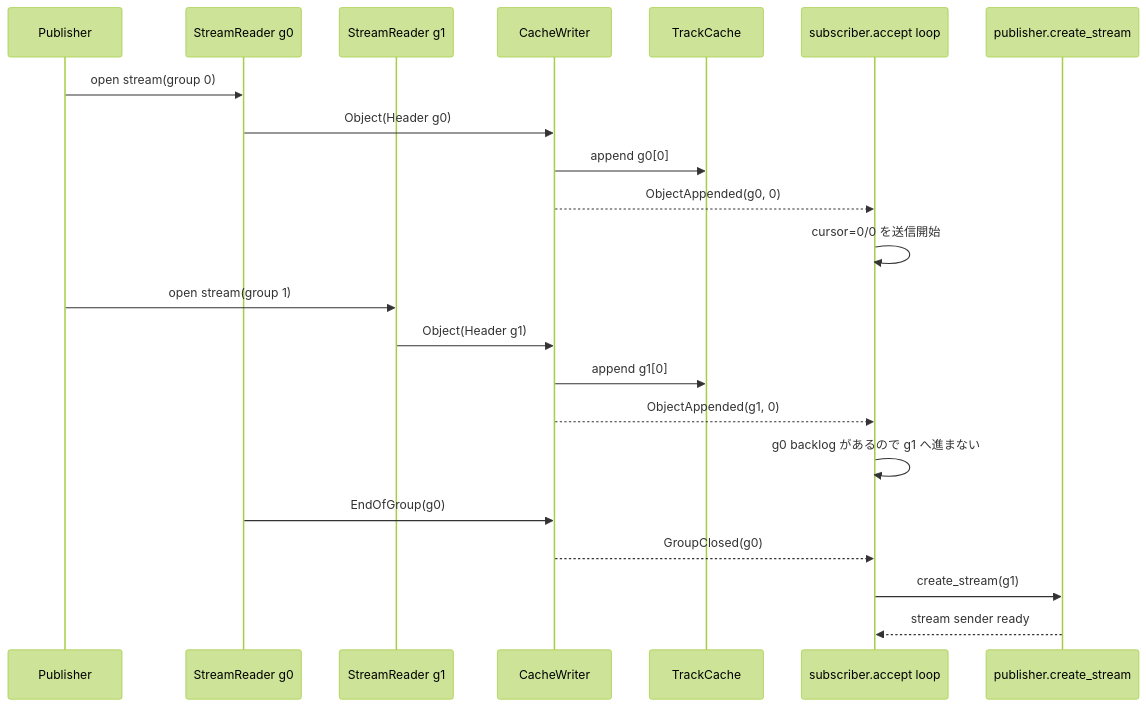
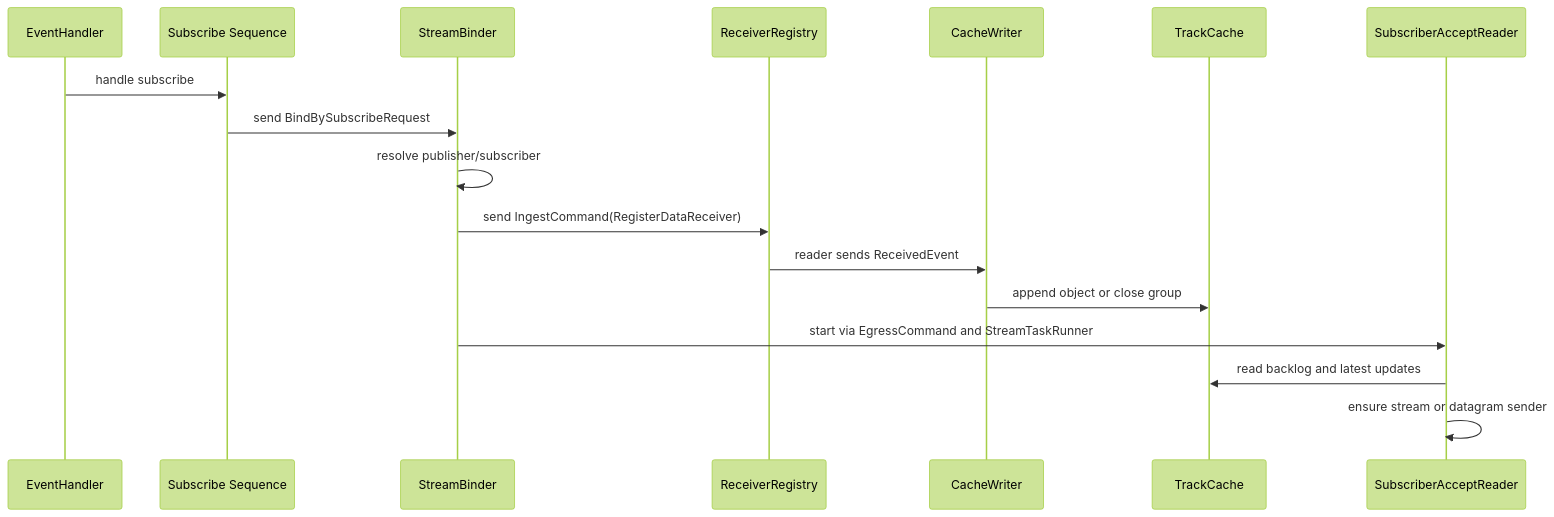
The second of 2 diagrams in relay/src/modules/relay/design.md (nttcom/moq-wasm), drawn with Mermaid (forest theme) before and after one commit. The commit also changed other lines of this file and 12 other files, not shown here.

````diff
--- a/relay/src/modules/relay/design.md
+++ b/relay/src/modules/relay/design.md
@@ -252,27 +129,20 @@
 ```mermaid
 sequenceDiagram
-    participant Pub as Publisher
-    participant SR0 as StreamReader g0
-    participant SR1 as StreamReader g1
-    participant W as CacheWriter
-    participant C as TrackCache
-    participant R as subscriber.accept loop
-    participant PAPI as publisher.create_stream
+        participant EV as EventHandler
+        participant SQ as Subscribe Sequence
+        participant SB as StreamBinder
+        participant RR as ReceiverRegistry
+        participant CW as CacheWriter
+        participant TC as TrackCache
+        participant EG as SubscriberAcceptReader
 
-    Pub->>SR0: open stream(group 0)
-    SR0->>W: Object(Header g0)
-    W->>C: append g0[0]
-    W-->>R: ObjectAppended(g0, 0)
-    R->>R: cursor=0/0 を送信開始
-
-    Pub->>SR1: open stream(group 1)
-    SR1->>W: Object(Header g1)
-    W->>C: append g1[0]
-    W-->>R: ObjectAppended(g1, 0)
-    R->>R: g0 backlog があるので g1 へ進まない
-
-    SR0->>W: EndOfGroup(g0)
-    W-->>R: GroupClosed(g0)
-    R->>PAPI: create_stream(g1)
-    PAPI-->>R: stream sender ready
+        EV->>SQ: handle subscribe
+        SQ->>SB: send BindBySubscribeRequest
+        SB->>SB: resolve publisher/subscriber
+        SB->>RR: send IngestCommand(RegisterDataReceiver)
+        RR->>CW: reader sends ReceivedEvent
+        CW->>TC: append object or close group
+        SB->>EG: start via EgressCommand and StreamTaskRunner
+        EG->>TC: read backlog and latest updates
+        EG->>EG: ensure stream or datagram sender
 ```
````
